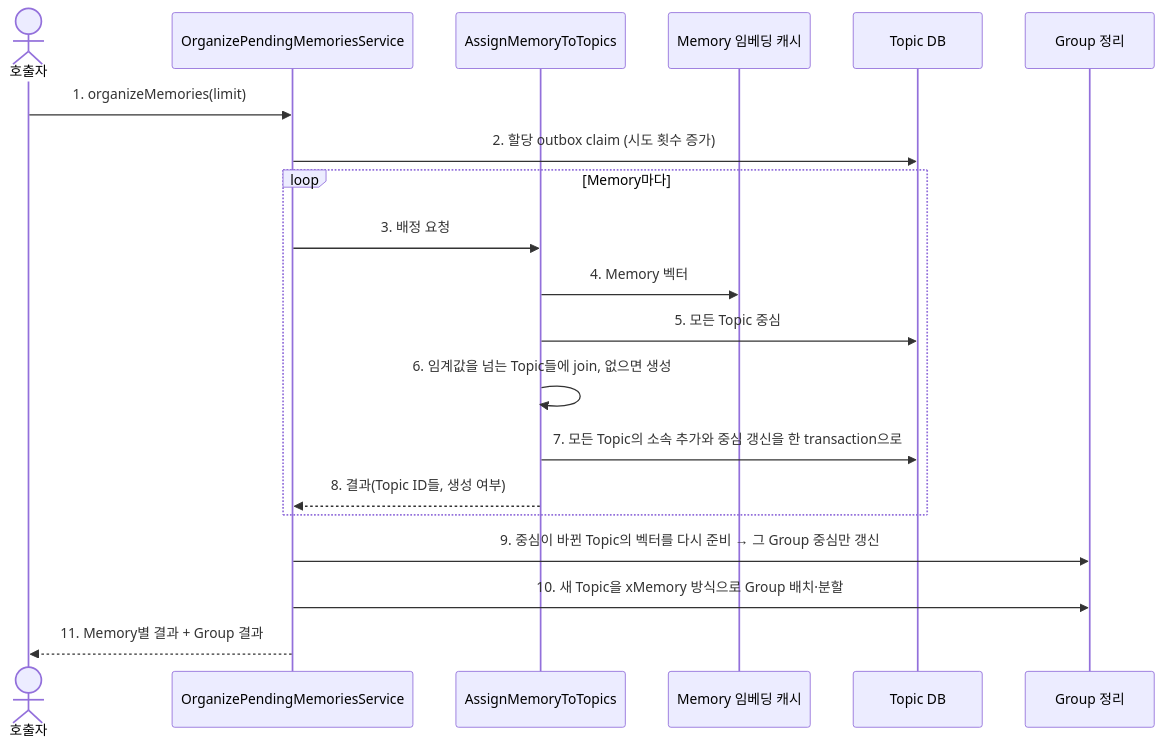
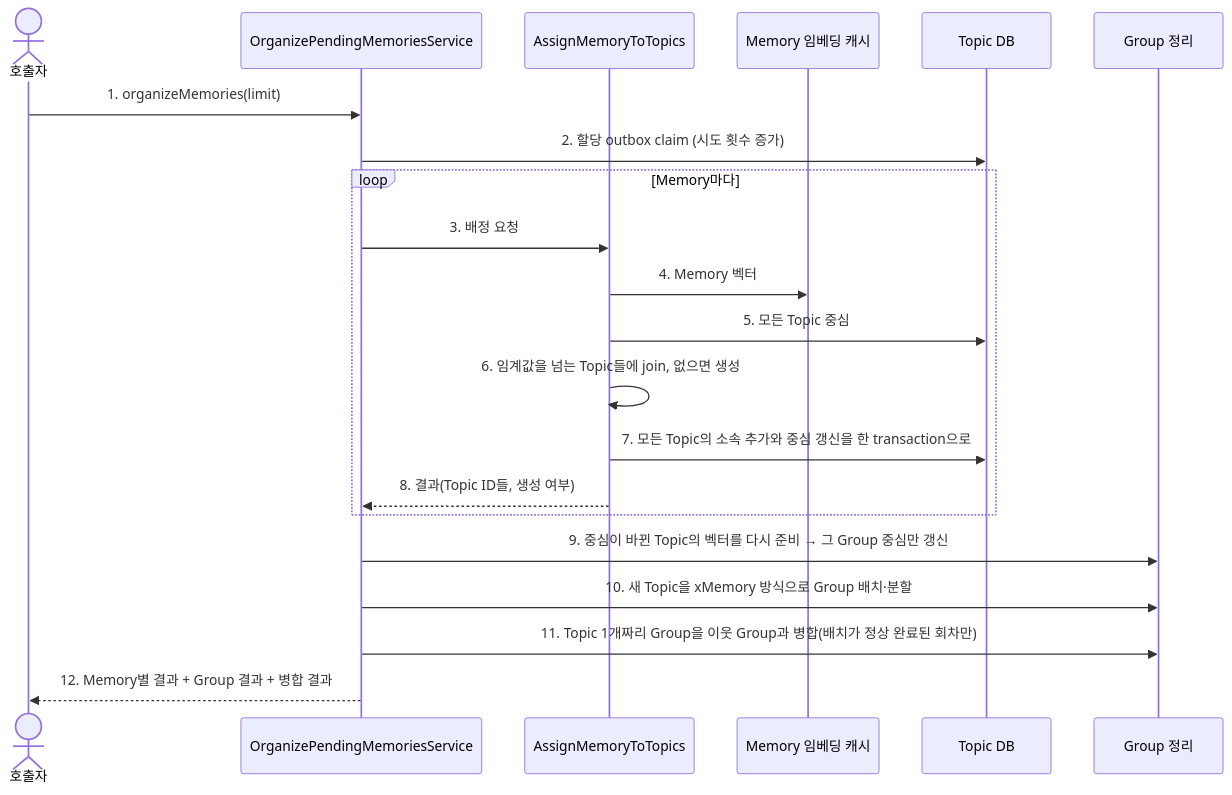
One commit to magenta1223/home_assistant changed the first of 2 diagrams in application/src/main/kotlin/com/homeassistant/application/usecase/topic/README.md. Above: the diagram before and after it, drawn with Mermaid. The commit also changed other lines of this file and 21 other files, not shown here.

First line of the commit message:
feat: merge single-topic groups into neighbors as xMemory does

````diff
--- a/application/src/main/kotlin/com/homeassistant/application/usecase/topic/README.md
+++ b/application/src/main/kotlin/com/homeassistant/application/usecase/topic/README.md
@@ -15,22 +15,23 @@
 ```mermaid
 sequenceDiagram
     actor Caller as 호출자
     participant Batch as OrganizePendingMemoriesService
     participant Assign as AssignMemoryToTopics
     participant Embed as Memory 임베딩 캐시
     participant Store as Topic DB
     participant Groups as Group 정리
     Caller->>Batch: 1. organizeMemories(limit)
     Batch->>Store: 2. 할당 outbox claim (시도 횟수 증가)
     loop Memory마다
         Batch->>Assign: 3. 배정 요청
         Assign->>Embed: 4. Memory 벡터
         Assign->>Store: 5. 모든 Topic 중심
         Assign->>Assign: 6. 임계값을 넘는 Topic들에 join, 없으면 생성
         Assign->>Store: 7. 모든 Topic의 소속 추가와 중심 갱신을 한 transaction으로
         Assign-->>Batch: 8. 결과(Topic ID들, 생성 여부)
     end
     Batch->>Groups: 9. 중심이 바뀐 Topic의 벡터를 다시 준비 → 그 Group 중심만 갱신
     Batch->>Groups: 10. 새 Topic을 xMemory 방식으로 Group 배치·분할
-    Batch-->>Caller: 11. Memory별 결과 + Group 결과
+    Batch->>Groups: 11. Topic 1개짜리 Group을 이웃 Group과 병합(배치가 정상 완료된 회차만)
+    Batch-->>Caller: 12. Memory별 결과 + Group 결과 + 병합 결과
 ```
````
